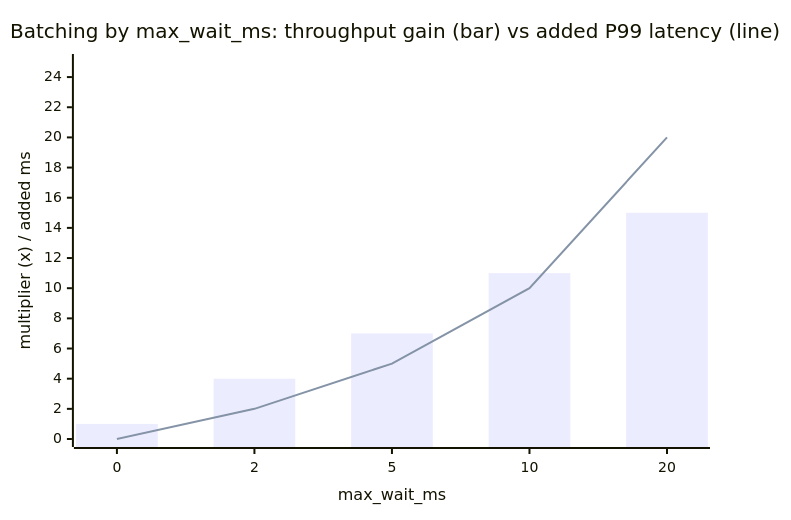
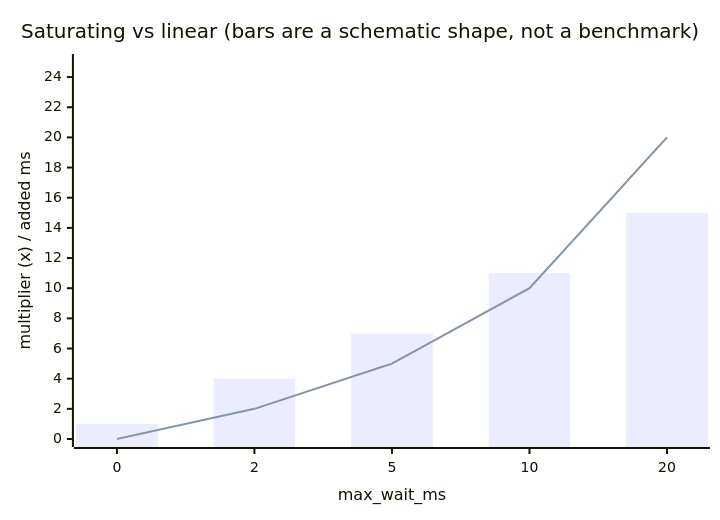
One commit to rppol/system-design changed the fifth of 5 diagrams in src/main/java/com/rutik/systemdesign/ml/ml_system_design/latency_and_throughput_optimization.md. Above: the diagram before and after it, drawn with Mermaid. The commit also changed other lines of this file and 51 other files, not shown here.

````diff
--- a/src/main/java/com/rutik/systemdesign/ml/ml_system_design/latency_and_throughput_optimization.md
+++ b/src/main/java/com/rutik/systemdesign/ml/ml_system_design/latency_and_throughput_optimization.md
@@ -265,8 +265,8 @@
 ```mermaid
 xychart-beta
-    title "Batching by max_wait_ms: throughput gain (bar) vs added P99 latency (line)"
+    title "Saturating vs linear (bars are a schematic shape, not a benchmark)"
     x-axis "max_wait_ms" [0, 2, 5, 10, 20]
     y-axis "multiplier (x)  /  added ms" 0 --> 25
     bar [1, 4, 7, 11, 15]
     line [0, 2, 5, 10, 20]
 ```
````
